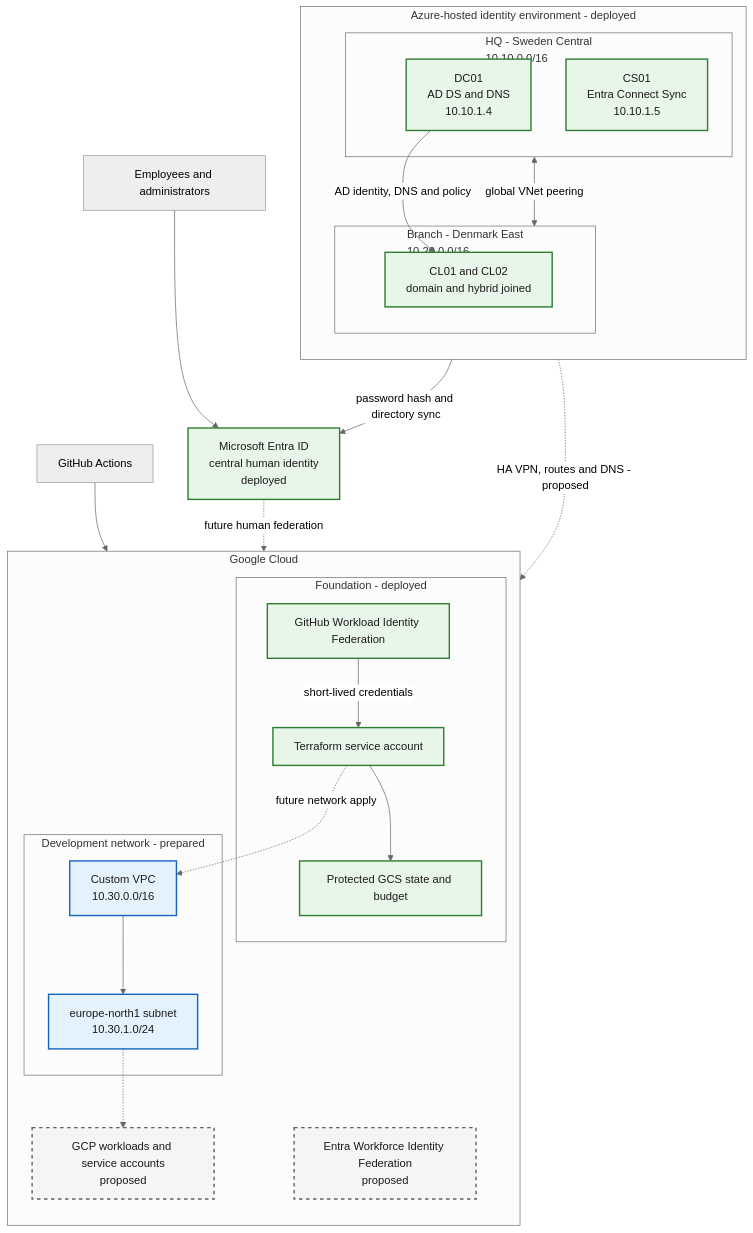
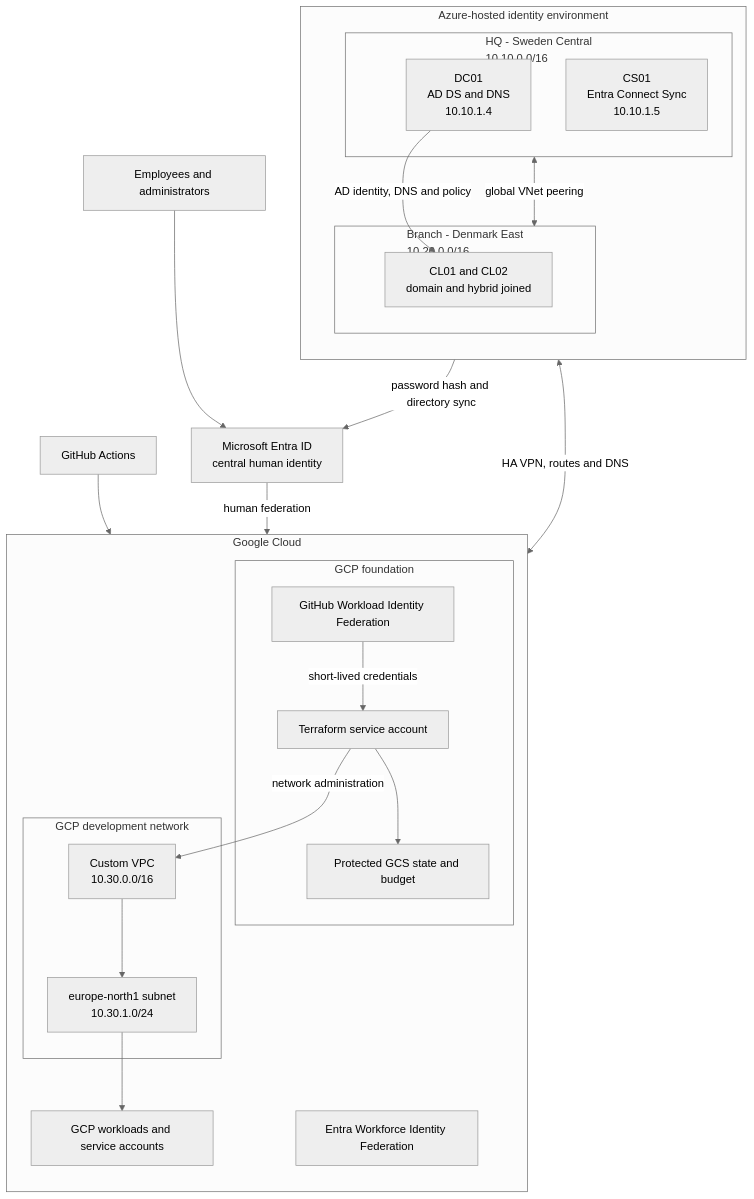
The diagram in README.md (sindredg/hybrid-cloud-infra-and-identities), drawn with Mermaid (neutral theme) before and after one commit. The commit also changed other lines of this file and 2 other files, not shown here.

Commit message:
Improved architecture diagrams

````diff
--- a/README.md
+++ b/README.md
@@ -44,50 +53,44 @@
 ```mermaid
 flowchart TB
     People["Employees and administrators"]
     GitHub["GitHub Actions"]
-    Entra["Microsoft Entra ID<br/>central human identity<br/>deployed"]
+    Entra["Microsoft Entra ID<br/>central human identity"]
 
-    subgraph Azure["Azure-hosted identity environment - deployed"]
+    subgraph Azure["Azure-hosted identity environment"]
         direction TB
         subgraph HQ["HQ - Sweden Central<br/>10.10.0.0/16"]
             DC01["DC01<br/>AD DS and DNS<br/>10.10.1.4"]
             CS01["CS01<br/>Entra Connect Sync<br/>10.10.1.5"]
         end
         subgraph Branch["Branch - Denmark East<br/>10.20.0.0/16"]
             Clients["CL01 and CL02<br/>domain and hybrid joined"]
         end
         DC01 -->|"AD identity, DNS and policy"| Clients
         HQ <-->|"global VNet peering"| Branch
     end
 
     subgraph GCP["Google Cloud"]
         direction TB
-        subgraph Foundation["Foundation - deployed"]
+        subgraph Foundation["GCP foundation"]
             WIF["GitHub Workload Identity Federation"]
             TFSA["Terraform service account"]
             State["Protected GCS state and budget"]
         end
-        subgraph Network["Development network - prepared"]
+        subgraph Network["GCP development network"]
             VPC["Custom VPC<br/>10.30.0.0/16"]
             Subnet["europe-north1 subnet<br/>10.30.1.0/24"]
             VPC --> Subnet
         end
-        Workforce["Entra Workforce Identity Federation<br/>proposed"]
-        Workloads["GCP workloads and service accounts<br/>proposed"]
+        Workforce["Entra Workforce Identity Federation"]
+        Workloads["GCP workloads and service accounts"]
     end
 
     People --> Entra
     CS01 -->|"password hash and directory sync"| Entra
     GitHub --> WIF -->|"short-lived credentials"| TFSA --> State
-    TFSA -. "future network apply" .-> VPC
-    Entra -. "future human federation" .-> Workforce
-    HQ -. "HA VPN, routes and DNS - proposed" .-> VPC
-    Subnet -.-> Workloads
+    TFSA -->|"network administration"| VPC
+    Entra -->|"human federation"| Workforce
+    HQ <-->|"HA VPN, routes and DNS"| VPC
+    Subnet --> Workloads
 
-    classDef deployed fill:#e8f5e9,stroke:#2e7d32,color:#1b1b1b,stroke-width:2px;
-    classDef prepared fill:#e3f2fd,stroke:#1565c0,color:#1b1b1b,stroke-width:2px;
-    classDef proposed fill:#f5f5f5,stroke:#616161,color:#1b1b1b,stroke-width:2px,stroke-dasharray:5 5;
-    class Entra,DC01,CS01,Clients,WIF,TFSA,State deployed;
-    class VPC,Subnet prepared;
-    class Workforce,Workloads proposed;
 ```
````
